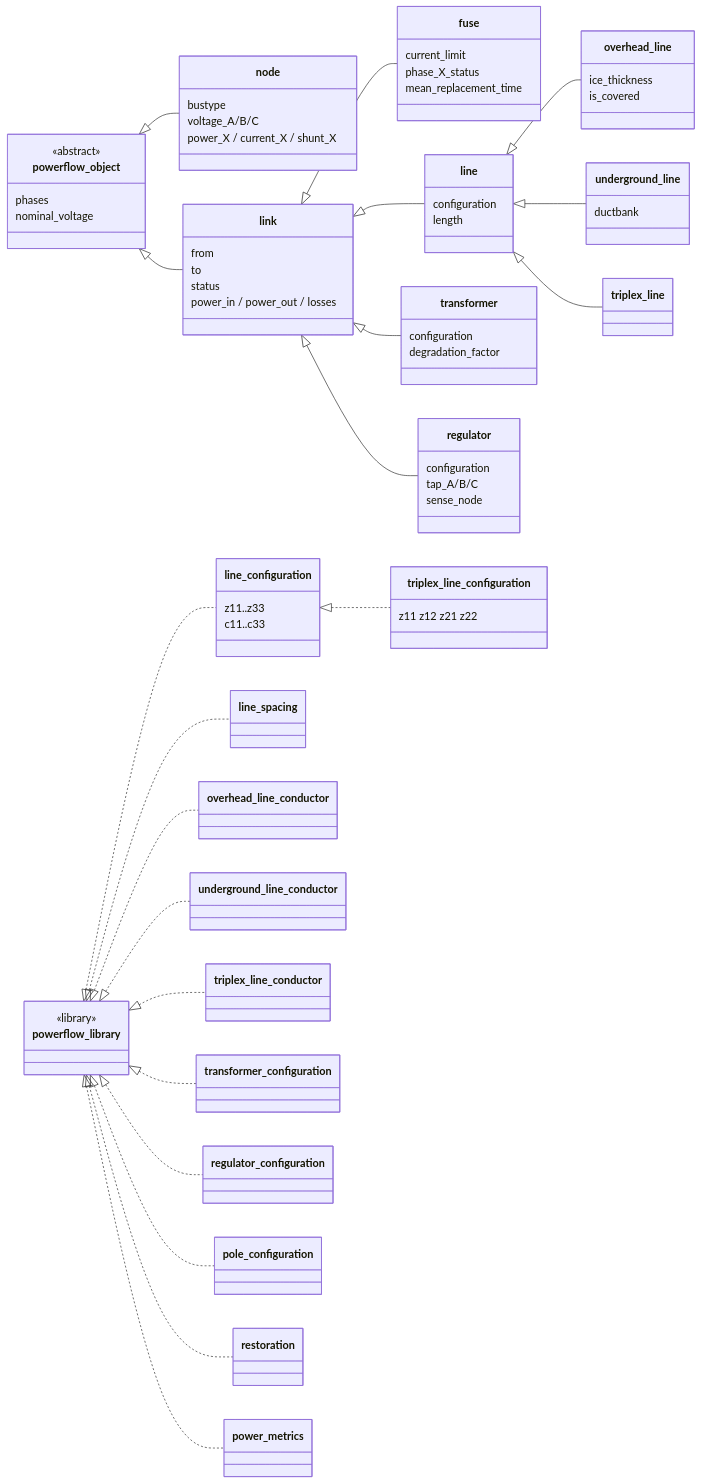
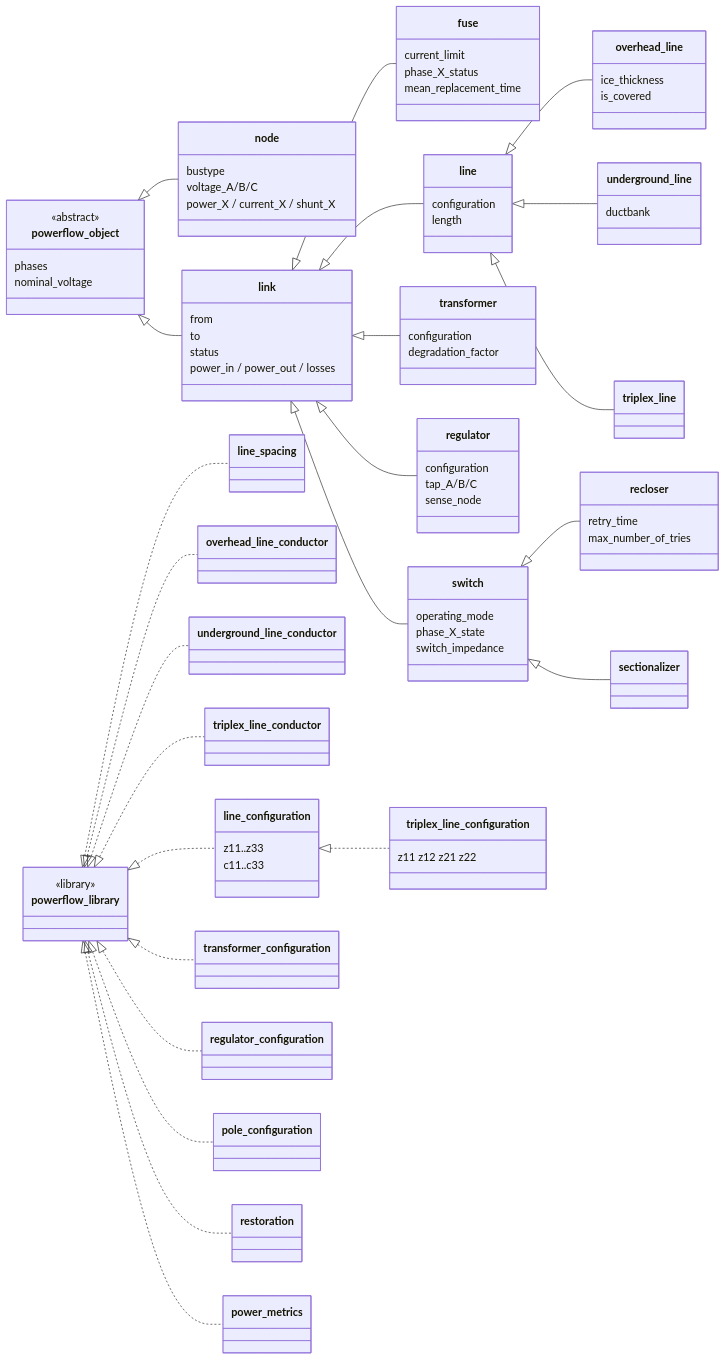
One commit to arras-energy/arras changed the diagram in src/powerflow/README.md. Above: the diagram before and after it, drawn with Mermaid. The commit also changed other lines of this file and 10 other files, not shown here.

First line of the commit message:
Add switch, recloser, and sectionalizer classes (#58)

```diff
--- a/src/powerflow/README.md
+++ b/src/powerflow/README.md
@@ -70,6 +70,18 @@
     line <|-- triplex_line
     link_ <|-- transformer
     link_ <|-- regulator
+    class switch {
+        operating_mode
+        phase_X_state
+        switch_impedance
+    }
+    class recloser {
+        retry_time
+        max_number_of_tries
+    }
+    link_ <|-- switch
+    switch <|-- recloser
+    switch <|-- sectionalizer
     powerflow_library <|.. line_spacing
     powerflow_library <|.. overhead_line_conductor
     powerflow_library <|.. underground_line_conductor
```
